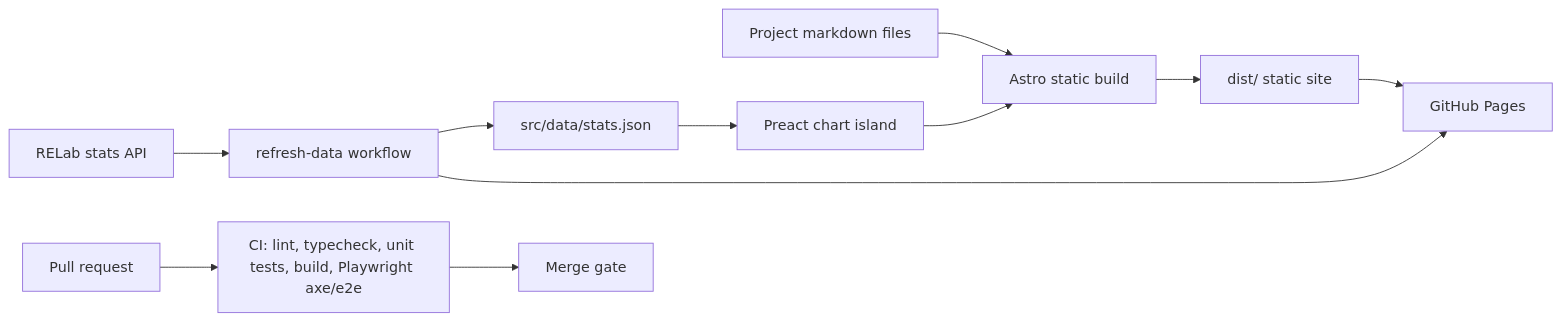
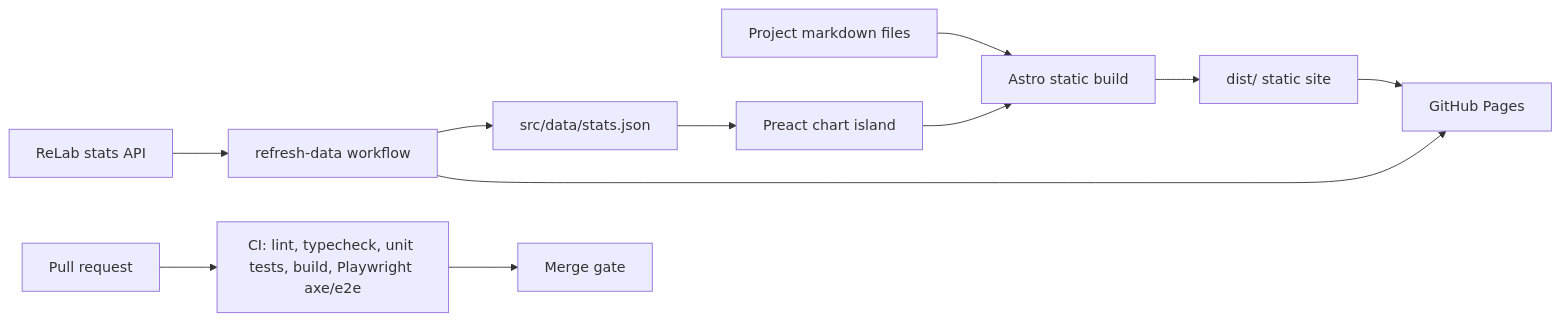
One commit to simonvanlierde/simonvanlierde.github.io changed the diagram in docs/architecture.md. Above: the diagram before and after it, drawn with Mermaid. The commit also changed other lines of this file and 4 other files, not shown here.

````diff
--- a/docs/architecture.md
+++ b/docs/architecture.md
@@ -5,15 +5,15 @@
 ```mermaid
 flowchart LR
   author[Project markdown files] --> astro[Astro static build]
   stats[src/data/stats.json] --> island[Preact chart island]
   island --> astro
   astro --> dist[dist/ static site]
   dist --> pages[GitHub Pages]
 
-  relab[RELab stats API] --> refresh[refresh-data workflow]
+  relab[ReLab stats API] --> refresh[refresh-data workflow]
   refresh --> stats
   refresh --> pages
 
   pr[Pull request] --> ci[CI: lint, typecheck, unit tests, build, Playwright axe/e2e]
   ci --> review[Merge gate]
 ```
````
